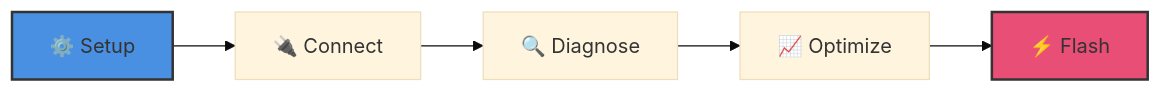
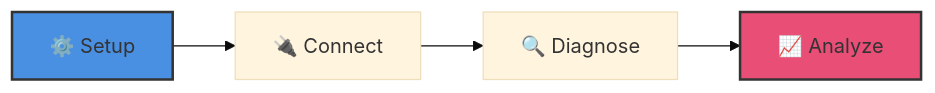
The diagram in README.md (freduardo4/H.O.P.E.), drawn with Mermaid (base theme) before and after one commit. The commit also changed other lines of this file and 106 other files, not shown here.

````diff
--- a/README.md
+++ b/README.md
@@ -32,10 +32,9 @@
 ```mermaid
 graph LR
     A["⚙️ Setup"] --> B["🔌 Connect"]
     B --> C["🔍 Diagnose"]
-    C --> D["📈 Optimize"]
-    D --> E["⚡ Flash"]
+    C --> D["📈 Analyze"]
     
     style A fill:#4a90e2,stroke:#333,stroke-width:2px
-    style E fill:#e94e77,stroke:#333,stroke-width:2px
+    style D fill:#e94e77,stroke:#333,stroke-width:2px
 ```
````
